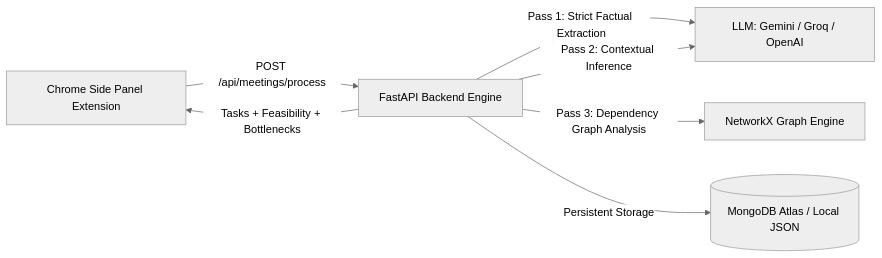
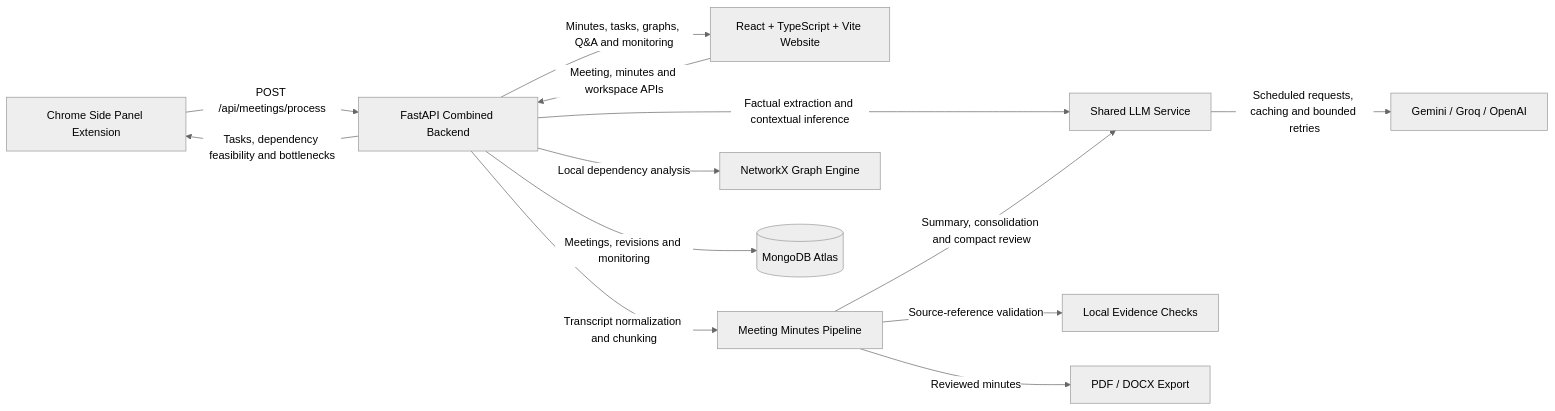
Before and after one commit to ShivsharanSanjawad/vizuraMiniProject: the diagram in README.md, drawn with Mermaid (neutral theme). The commit also changed other lines of this file and 58 other files, not shown here.

````diff
--- a/README.md
+++ b/README.md
@@ -9,9 +9,15 @@
 ```mermaid
 graph LR
-    Extension[Chrome Side Panel Extension] -->|POST /api/meetings/process| Backend[FastAPI Backend Engine]
-    Backend -->|Pass 1: Strict Factual Extraction| LLM[LLM: Gemini / Groq / OpenAI]
-    Backend -->|Pass 2: Contextual Inference| LLM
-    Backend -->|Pass 3: Dependency Graph Analysis| NetworkX[NetworkX Graph Engine]
-    Backend -->|Persistent Storage| DB[(MongoDB Atlas / Local JSON)]
-    Backend -->|Tasks + Feasibility + Bottlenecks| Extension
+    Extension[Chrome Side Panel Extension] -->|POST /api/meetings/process| Backend[FastAPI Combined Backend]
+    Web[React + TypeScript + Vite Website] -->|Meeting, minutes and workspace APIs| Backend
+    Backend -->|Factual extraction and contextual inference| Gateway[Shared LLM Service]
+    Backend -->|Transcript normalization and chunking| Minutes[Meeting Minutes Pipeline]
+    Minutes -->|Summary, consolidation and compact review| Gateway
+    Gateway -->|Scheduled requests, caching and bounded retries| LLM[Gemini / Groq / OpenAI]
+    Backend -->|Local dependency analysis| Graph[NetworkX Graph Engine]
+    Minutes -->|Source-reference validation| Verification[Local Evidence Checks]
+    Backend -->|Meetings, revisions and monitoring| DB[(MongoDB Atlas)]
+    Minutes -->|Reviewed minutes| Export[PDF / DOCX Export]
+    Backend -->|Tasks, dependency feasibility and bottlenecks| Extension
+    Backend -->|Minutes, tasks, graphs, Q&A and monitoring| Web
 ```
````
